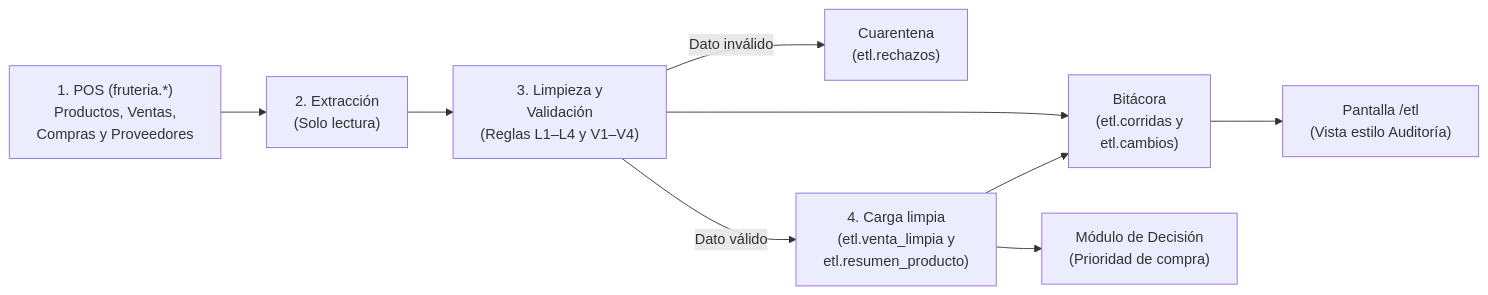
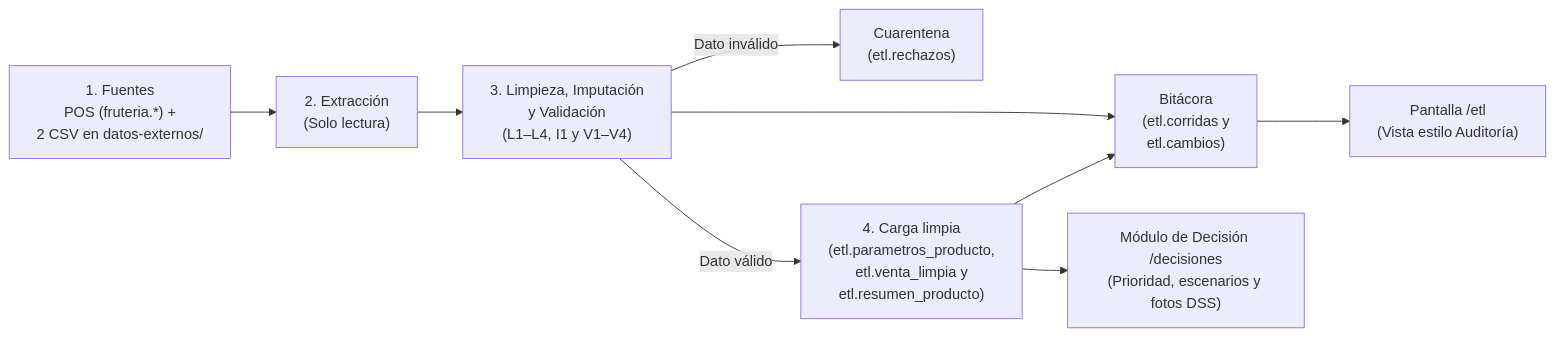
Before and after one commit to Nhigmere/harvest-jam: the diagram in docs/MANUAL_FUNCIONAMIENTO_ETL.md, drawn with Mermaid. The commit also changed other lines of this file and 27 other files, not shown here.

````diff
--- a/docs/MANUAL_FUNCIONAMIENTO_ETL.md
+++ b/docs/MANUAL_FUNCIONAMIENTO_ETL.md
@@ -29,10 +29,10 @@
 ```mermaid
 flowchart LR
-    A["1. POS (fruteria.*)\nProductos, Ventas,\nCompras y Proveedores"] --> B["2. Extracción\n(Solo lectura)"]
-    B --> C["3. Limpieza y\nValidación\n(Reglas L1–L4 y V1–V4)"]
+    A["1. Fuentes\nPOS (fruteria.*) +\n2 CSV en datos-externos/"] --> B["2. Extracción\n(Solo lectura)"]
+    B --> C["3. Limpieza, Imputación\ny Validación\n(L1–L4, I1 y V1–V4)"]
     C -- "Dato inválido" --> D["Cuarentena\n(etl.rechazos)"]
-    C -- "Dato válido" --> E["4. Carga limpia\n(etl.venta_limpia y\netl.resumen_producto)"]
+    C -- "Dato válido" --> E["4. Carga limpia\n(etl.parametros_producto,\netl.venta_limpia y\netl.resumen_producto)"]
     C & E --> F["Bitácora\n(etl.corridas y\netl.cambios)"]
     F --> G["Pantalla /etl\n(Vista estilo Auditoría)"]
-    E --> H["Módulo de Decisión\n(Prioridad de compra)"]
+    E --> H["Módulo de Decisión /decisiones\n(Prioridad, escenarios y fotos DSS)"]
 ```
````
